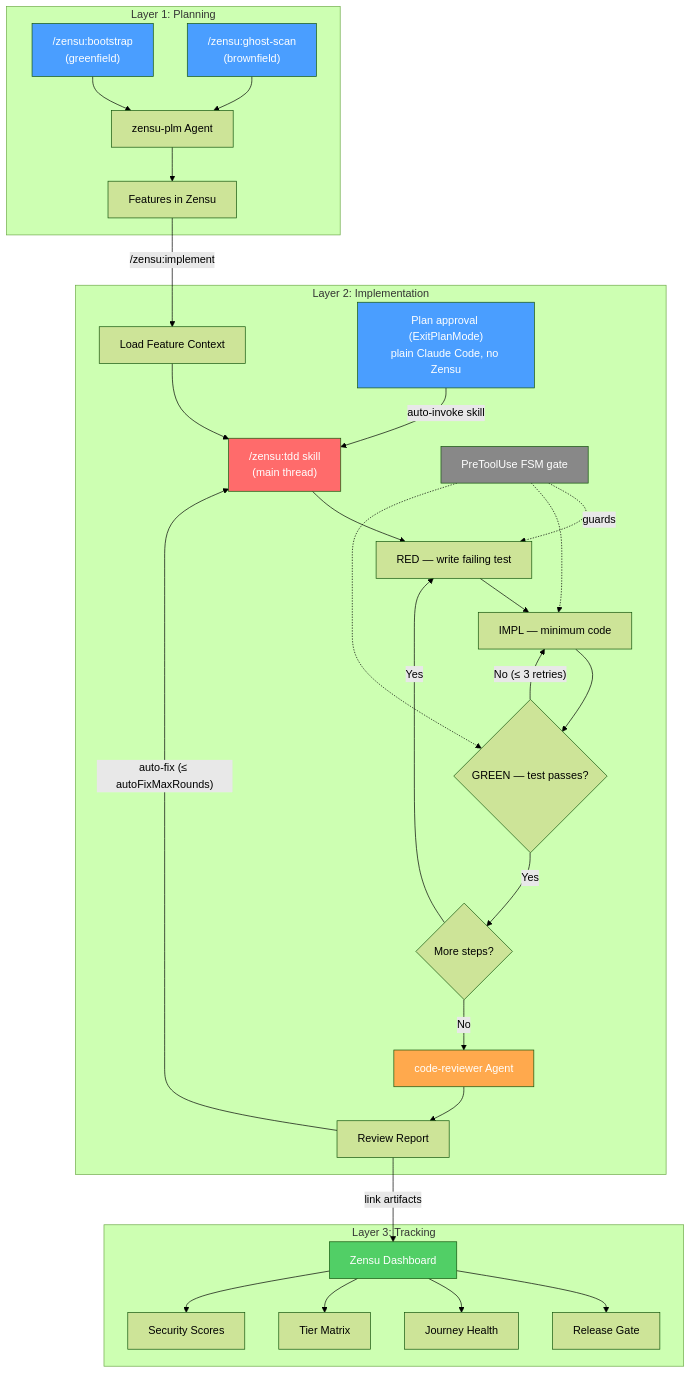
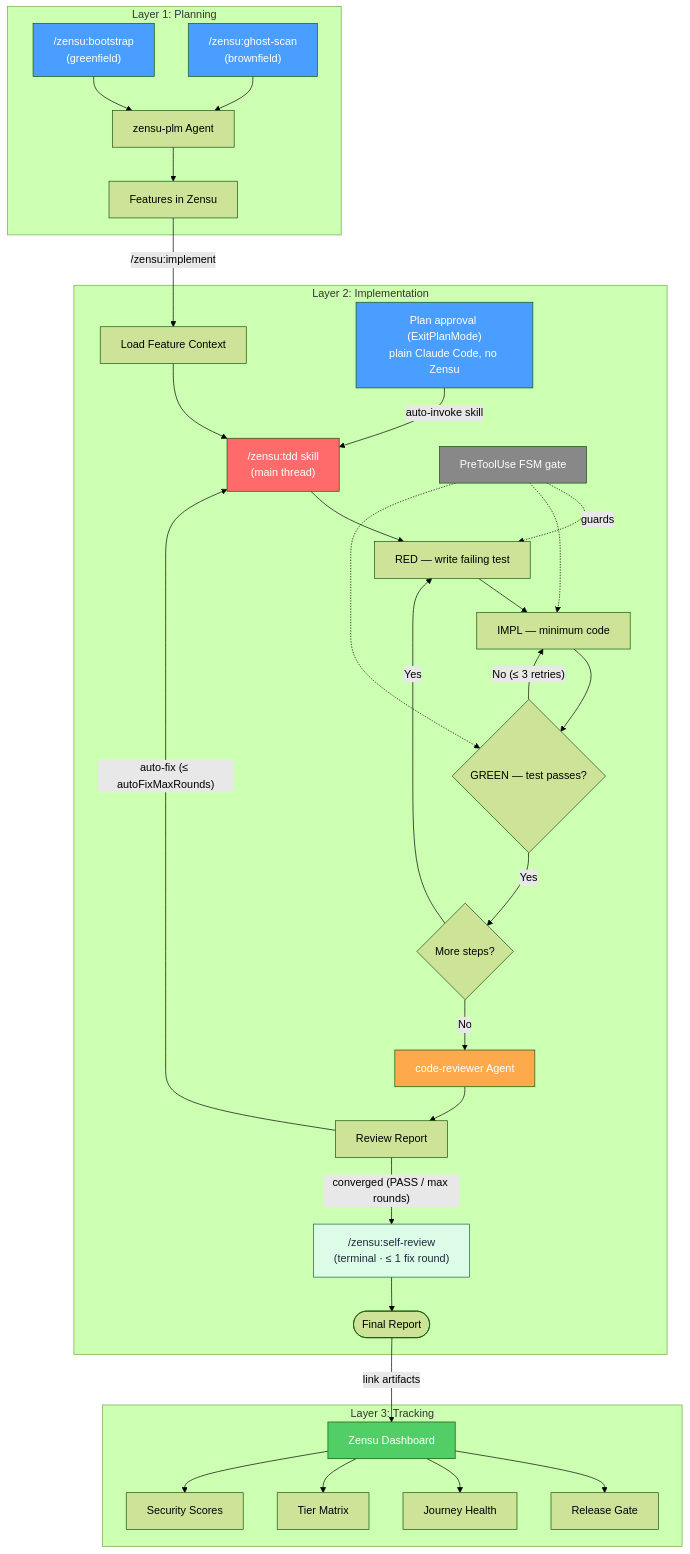
Before and after one commit to MKITConsulting/zensu-claude-code: the diagram in README.md, drawn with Mermaid (forest theme). The commit also changed 1 other file, not shown here.

Commit message:
docs: reflect /zensu:self-review terminal stage in workflow charts
The README "Agent & Workflow Overview" mermaid and the docs section-3
high-level chart still ended the implementation chain at code-reviewer /
Review Report. Add the terminal /zensu:self-review stage (converged ->
self-review -> Final Report) and re-point the artifact link from the
review report to the Final Report. Also quote the section-9 SelfRev node
label so the leading "/" is not mis-parsed as a mermaid parallelogram.

````diff
--- a/README.md
+++ b/README.md
@@ -26,42 +26,45 @@
 ```mermaid
 flowchart TD
     subgraph Planning["Layer 1: Planning"]
         A1["/zensu:bootstrap<br/>(greenfield)"] --> B["zensu-plm Agent"]
         A2["/zensu:ghost-scan<br/>(brownfield)"] --> B
         B --> C["Features in Zensu"]
     end
 
     subgraph Implementation["Layer 2: Implementation"]
         C -->|"/zensu:implement"| D["Load Feature Context"]
         PLAIN["Plan approval (ExitPlanMode)<br/>plain Claude Code, no Zensu"] -->|"auto-invoke skill"| E
         D --> E["/zensu:tdd skill<br/>(main thread)"]
         E --> RED["RED — write failing test"]
         RED --> IMPL["IMPL — minimum code"]
         IMPL --> GREEN{"GREEN — test passes?"}
         GREEN -->|"No (≤ 3 retries)"| IMPL
         GREEN -->|"Yes"| NEXT{"More steps?"}
         NEXT -->|"Yes"| RED
         NEXT -->|"No"| K["code-reviewer Agent"]
         K --> L["Review Report"]
         L -->|"auto-fix (≤ autoFixMaxRounds)"| E
+        L -->|"converged (PASS / max rounds)"| SR["/zensu:self-review<br/>(terminal · ≤ 1 fix round)"]
+        SR --> FR(["Final Report"])
         GATE["PreToolUse FSM gate"] -.guards.-> RED
         GATE -.-> IMPL
         GATE -.-> GREEN
     end
 
     subgraph Tracking["Layer 3: Tracking"]
-        L -->|"link artifacts"| M["Zensu Dashboard"]
+        FR -->|"link artifacts"| M["Zensu Dashboard"]
         M --> Q["Release Gate"]
         M --> P["Journey Health"]
         M --> O["Tier Matrix"]
         M --> N["Security Scores"]
     end
 
     style A1 fill:#4a9eff,color:#fff
     style A2 fill:#4a9eff,color:#fff
     style PLAIN fill:#4a9eff,color:#fff
     style E fill:#ff6b6b,color:#fff
     style GATE fill:#888,color:#fff
     style K fill:#ffa94d,color:#fff
+    style SR fill:#dcfce7,stroke:#166534,color:#1e293b
     style M fill:#51cf66,color:#fff
 ```
````
